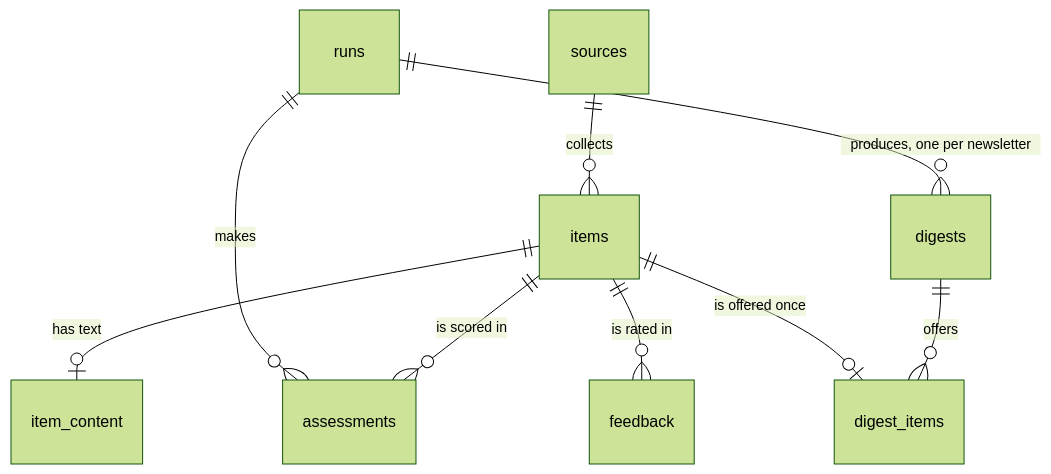
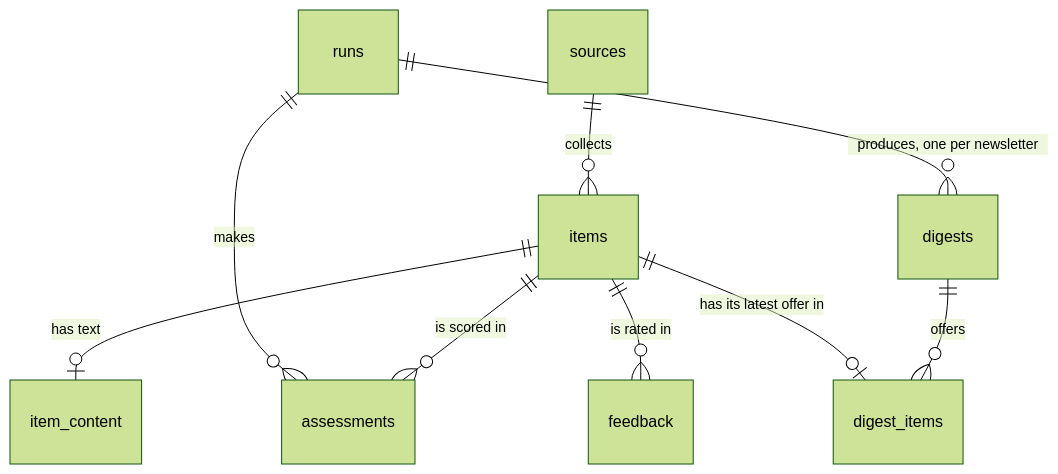
The third of 6 diagrams in ARCHITECTURE.md (bezmoradi/newsletter-agent), drawn with Mermaid (forest theme) before and after one commit. The commit also changed other lines of this file and 23 other files, not shown here.

````diff
--- a/ARCHITECTURE.md
+++ b/ARCHITECTURE.md
@@ -505,11 +522,11 @@
 ```mermaid
 erDiagram
   sources ||--o{ items : "collects"
   items ||--o| item_content : "has text"
   items ||--o{ assessments : "is scored in"
   runs ||--o{ assessments : "makes"
   runs ||--o{ digests : "produces, one per newsletter"
   digests ||--o{ digest_items : "offers"
-  items ||--o| digest_items : "is offered once"
+  items ||--o| digest_items : "has its latest offer in"
   items ||--o{ feedback : "is rated in"
 ```
````
